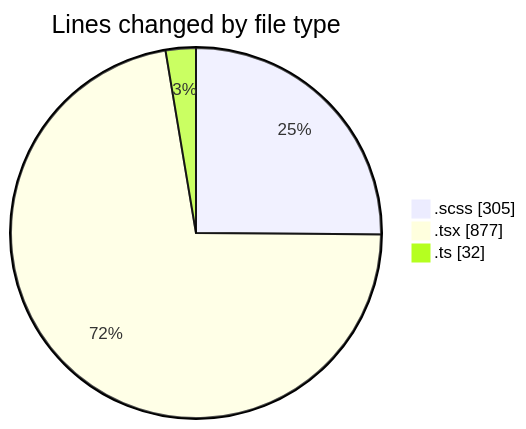
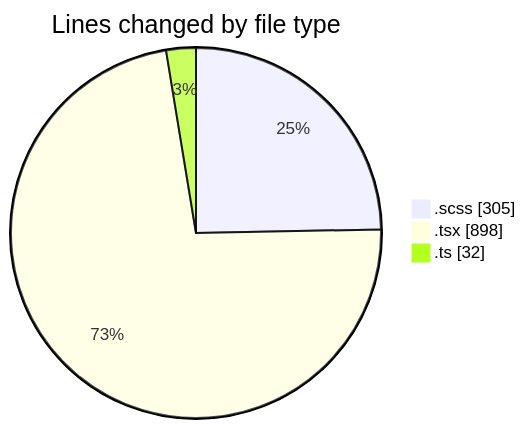
Before and after one commit to momahboobian/code-tracking: the first of 2 diagrams in 2025-03-04/cda/README.md, drawn with Mermaid. The commit also changed other lines of this file and 1 other file, not shown here.

````diff
--- a/2025-03-04/cda/README.md
+++ b/2025-03-04/cda/README.md
@@ -25,7 +25,7 @@
 ```mermaid
 pie showData
 title Lines changed by file type
 ".scss" : 305
-".tsx" : 877
+".tsx" : 898
 ".ts" : 32
 ```
````
